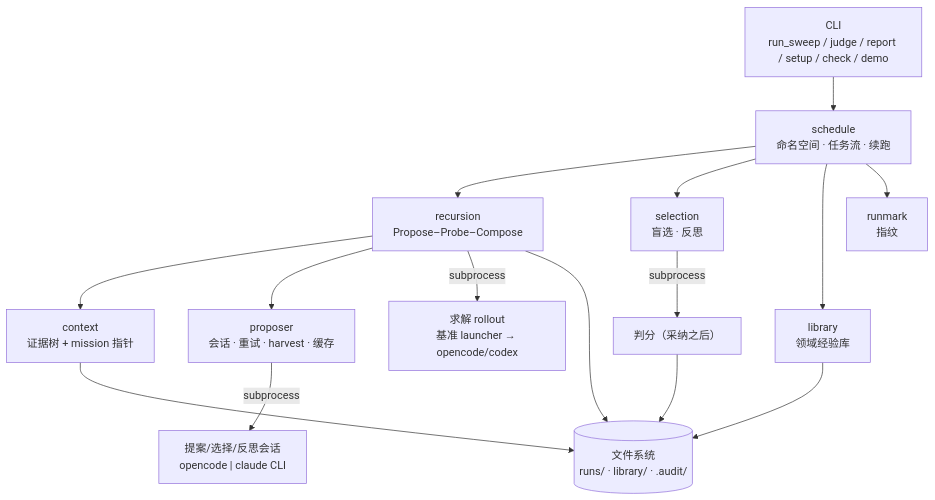
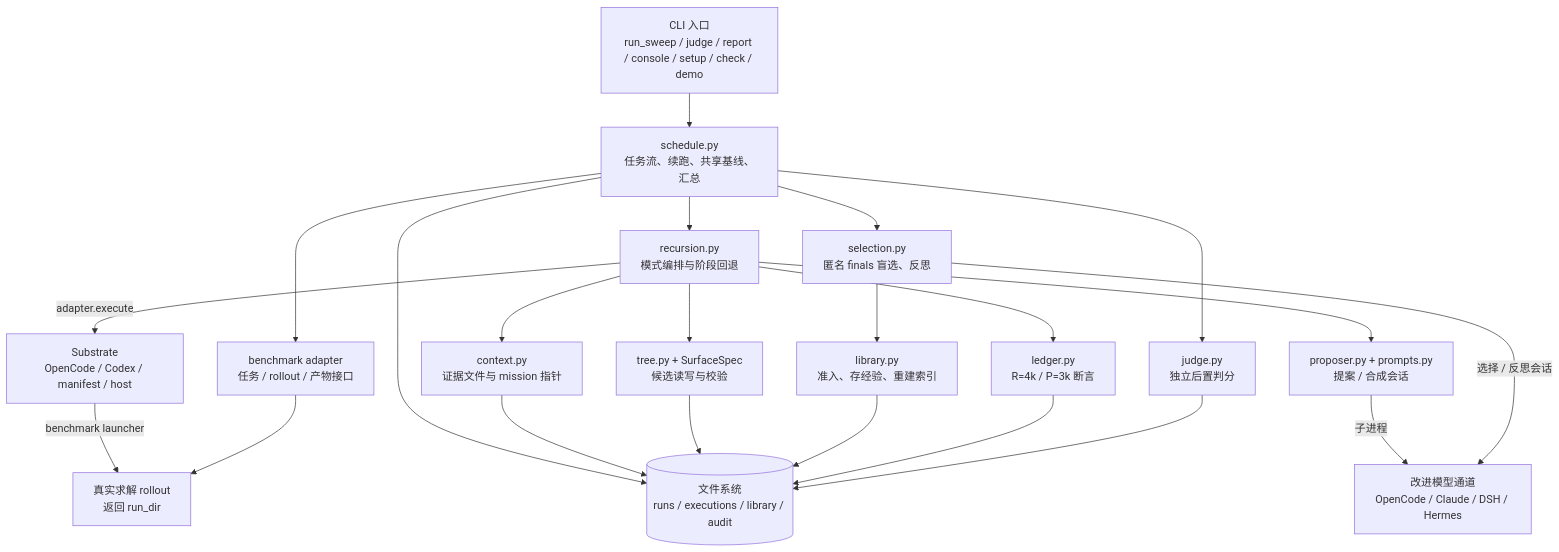
One commit to malizhi2202-dev/harness2 changed the first of 5 diagrams in docs/product-design/PROJECT-DOC.md. Above: the diagram before and after it, drawn with Mermaid. The commit also changed other lines of this file and 13 other files, not shown here.

````diff
--- a/docs/product-design/PROJECT-DOC.md
+++ b/docs/product-design/PROJECT-DOC.md
@@ -51,17 +73,24 @@
 ```mermaid
 flowchart TD
-  CLI["CLI<br/>run_sweep / judge / report / setup / check / demo"] --> SCH["schedule<br/>命名空间 · 任务流 · 续跑"]
-  SCH --> REC["recursion<br/>Propose–Probe–Compose"]
-  REC --> CTX["context<br/>证据树 + mission 指针"]
-  REC --> PRO["proposer<br/>会话 · 重试 · harvest · 缓存"]
-  SCH --> SEL["selection<br/>盲选 · 反思"]
-  SCH --> LIB["library<br/>领域经验库"]
-  SCH --> RM["runmark<br/>指纹"]
-  PRO -->|subprocess| SESSION["提案/选择/反思会话<br/>opencode | claude CLI"]
-  REC -->|subprocess| SOLVER["求解 rollout<br/>基准 launcher → opencode/codex"]
-  SEL -->|subprocess| JUDGE["判分（采纳之后）"]
-  CTX --> FS[("文件系统<br/>runs/ · library/ · .audit/")]
+  CLI["CLI 入口<br/>run_sweep / judge / report / console / setup / check / demo"] --> SCH["schedule.py<br/>任务流、续跑、共享基线、汇总"]
+  SCH --> AD["benchmark adapter<br/>任务 / rollout / 产物接口"]
+  SCH --> REC["recursion.py<br/>模式编排与阶段回退"]
+  REC --> CTX["context.py<br/>证据文件与 mission 指针"]
+  REC --> TREE["tree.py + SurfaceSpec<br/>候选读写与校验"]
+  REC --> PROP["proposer.py + prompts.py<br/>提案 / 合成会话"]
+  PROP -->|子进程| IMP["改进模型通道<br/>OpenCode / Claude / DSH / Hermes"]
+  REC -->|adapter.execute| SUB["Substrate<br/>OpenCode / Codex / manifest / host"]
+  SUB -->|benchmark launcher| SOLVER["真实求解 rollout<br/>返回 run_dir"]
+  REC --> LEDGER["ledger.py<br/>R=4k / P=3k 断言"]
+  SCH --> SEL["selection.py<br/>匿名 finals 盲选、反思"]
+  SEL -->|选择 / 反思会话| IMP
+  SEL --> LIB["library.py<br/>准入、存经验、重建索引"]
+  SCH --> JUDGE["judge.py<br/>独立后置判分"]
+  AD --> SOLVER
+  SCH --> FS[("文件系统<br/>runs / executions / library / audit")]
+  CTX --> FS
+  TREE --> FS
   LIB --> FS
-  REC --> FS
+  LEDGER --> FS
   JUDGE --> FS
 ```
````
